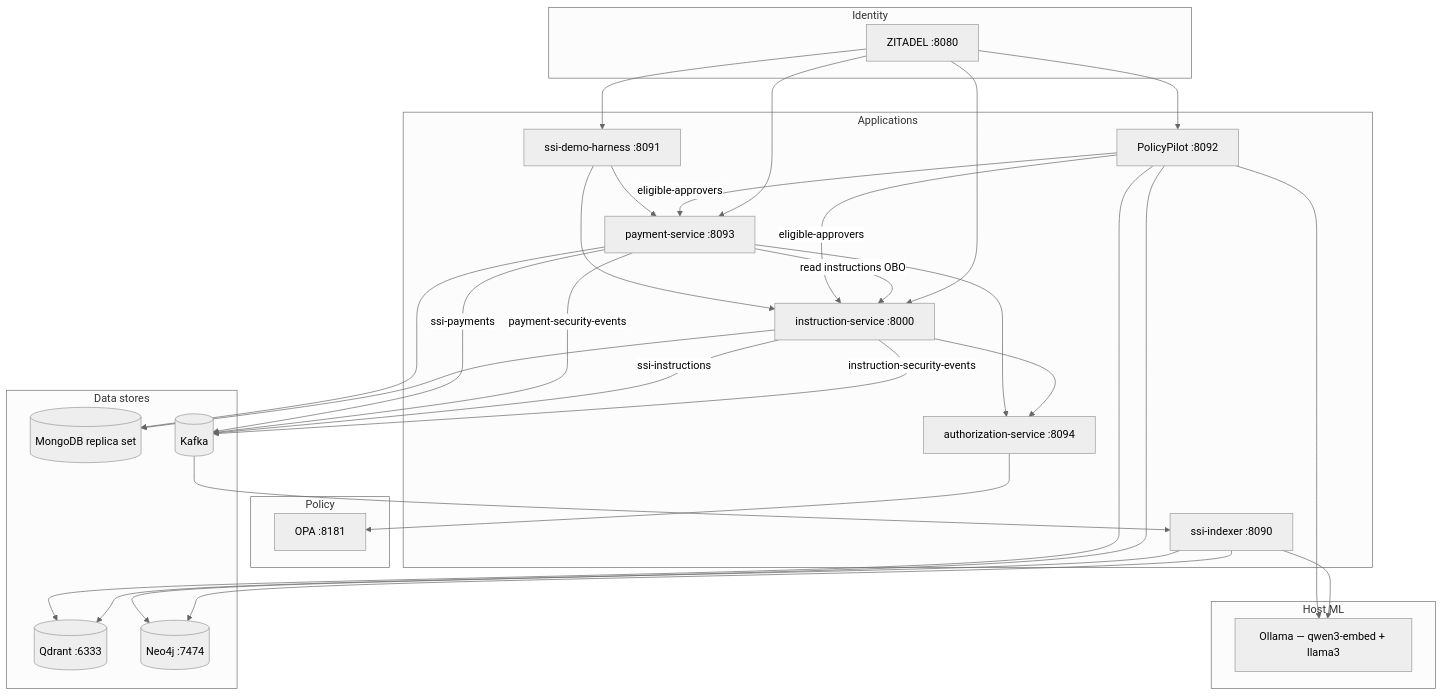
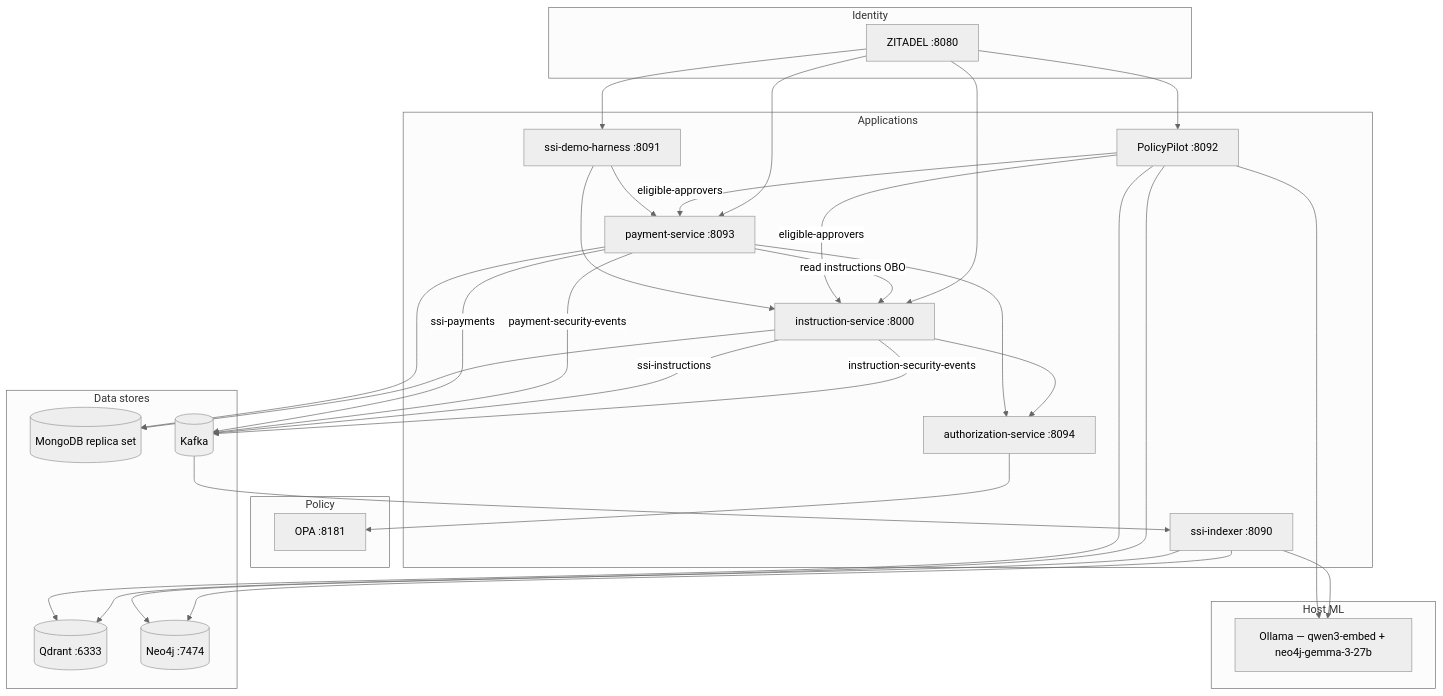
The first of 4 diagrams in README.md (sanjuthomas/security-event-rag-demo), drawn with Mermaid (neutral theme) before and after one commit. The commit also changed other lines of this file and 14 other files, not shown here.

First line of the commit message:
Switch default chat LLM to Neo4j Gemma and fix value_date queries.

````diff
--- a/README.md
+++ b/README.md
@@ -61,56 +61,56 @@
 ```mermaid
 flowchart TB
     subgraph auth [Identity]
         ZITADEL[ZITADEL :8080]
     end
 
     subgraph apps [Applications]
         ILM[instruction-service :8000]
         PAY[payment-service :8093]
         AUTHZ[authorization-service :8094]
         HARNESS[ssi-demo-harness :8091]
         ETL[ssi-indexer :8090]
         CHAT[PolicyPilot :8092]
     end
 
     subgraph policy [Policy]
         OPA[OPA :8181]
     end
 
     subgraph stores [Data stores]
         MONGO[(MongoDB replica set)]
         KAFKA[(Kafka)]
         QD[(Qdrant :6333)]
         NEO[(Neo4j :7474)]
     end
 
     subgraph ml [Host ML]
-        OLLAMA[Ollama — qwen3-embed + llama3]
+        OLLAMA[Ollama — qwen3-embed + neo4j-gemma-3-27b]
     end
 
     ZITADEL --> ILM
     ZITADEL --> PAY
     ZITADEL --> HARNESS
     ZITADEL --> CHAT
     ILM --> AUTHZ
     PAY --> AUTHZ
     AUTHZ --> OPA
     ILM --> MONGO
     PAY --> MONGO
     PAY -->|read instructions OBO| ILM
     ILM -->|instruction-security-events| KAFKA
     ILM -->|ssi-instructions| KAFKA
     PAY -->|payment-security-events| KAFKA
     PAY -->|ssi-payments| KAFKA
     KAFKA --> ETL
     ETL --> QD
     ETL --> NEO
     ETL --> OLLAMA
     CHAT --> QD
     CHAT --> NEO
     CHAT --> OLLAMA
     CHAT -->|eligible-approvers| ILM
     CHAT -->|eligible-approvers| PAY
     HARNESS --> ILM
     HARNESS --> PAY
 ```
````
